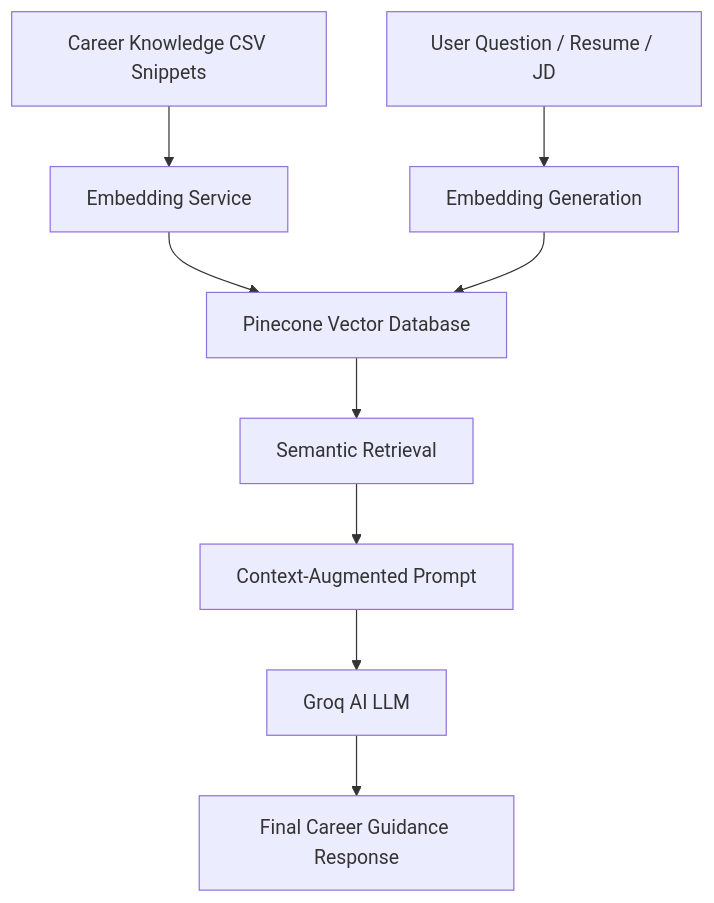
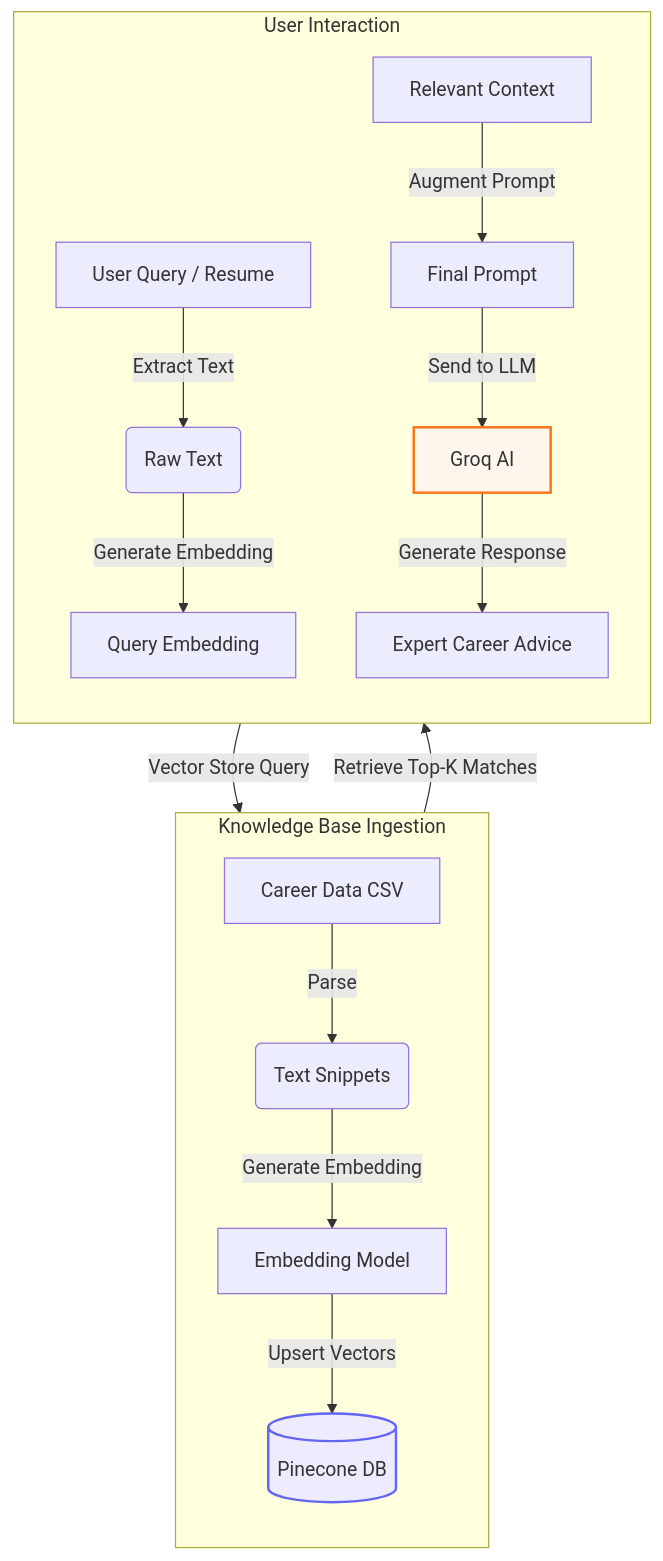
One commit to MADHAN21105/Career-Campass changed the first of 2 diagrams in README.md. Above: the diagram before and after it, drawn with Mermaid. The commit also changed other lines of this file, not shown here.

Commit message:
Docs: Update README with RAG diagrams and Live Demo link

````diff
--- a/README.md
+++ b/README.md
@@ -37,11 +39,23 @@
 ```mermaid
-flowchart TD
-    A[Career Knowledge CSV Snippets] --> B[Embedding Service]
-    B --> C[Pinecone Vector Database]
-    D[User Question / Resume / JD] --> E[Embedding Generation]
-    E --> C
-    C --> F[Semantic Retrieval]
-    F --> G[Context-Augmented Prompt]
-    G --> H[Groq AI LLM]
-    H --> I[Final Career Guidance Response]
+graph TD
+    subgraph Knowledge_Base [Knowledge Base Ingestion]
+        direction TB
+        A[Career Data CSV] -->|Parse| B(Text Snippets)
+        B -->|Generate Embedding| C[Embedding Model]
+        C -->|Upsert Vectors| D[(Pinecone DB)]
+    end
+
+    subgraph User_Query_Flow [User Interaction]
+        direction TB
+        E[User Query / Resume] -->|Extract Text| F(Raw Text)
+        F -->|Generate Embedding| G[Query Embedding]
+        G -->|Vector Store Query| D
+        D -->|Retrieve Top-K Matches| H[Relevant Context]
+        H -->|Augment Prompt| I[Final Prompt]
+        I -->|Send to LLM| J[Groq AI]
+        J -->|Generate Response| K[Expert Career Advice]
+    end
+
+    style D fill:#eeebff,stroke:#6366f1,stroke-width:2px
+    style J fill:#fff7ed,stroke:#f97316,stroke-width:2px
 ```
````
